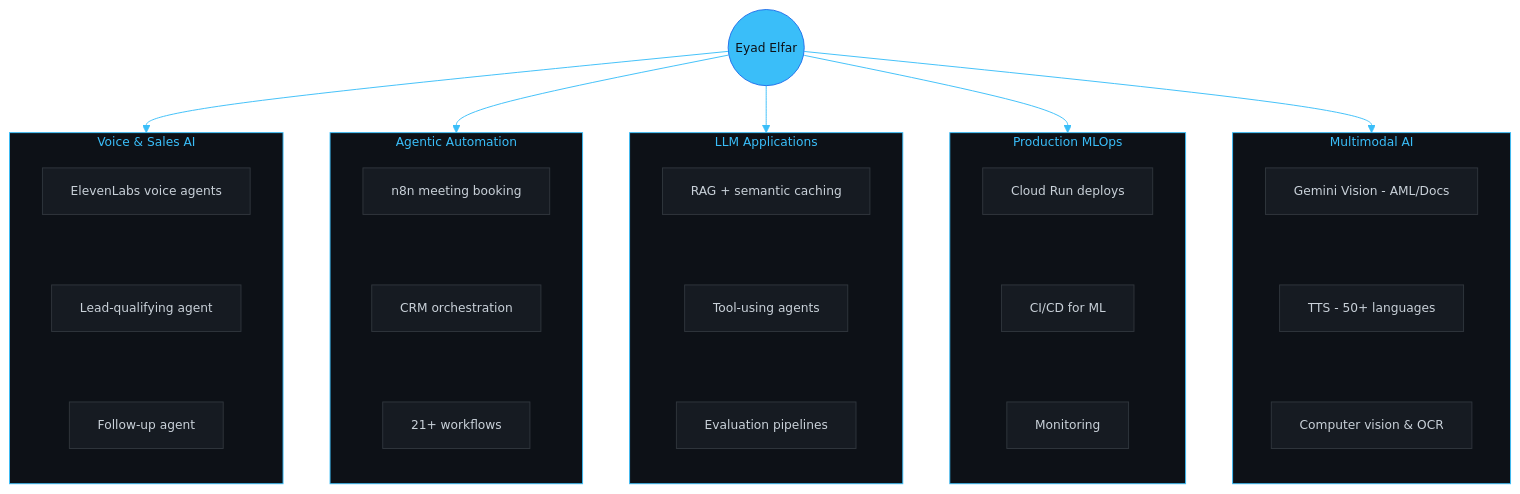
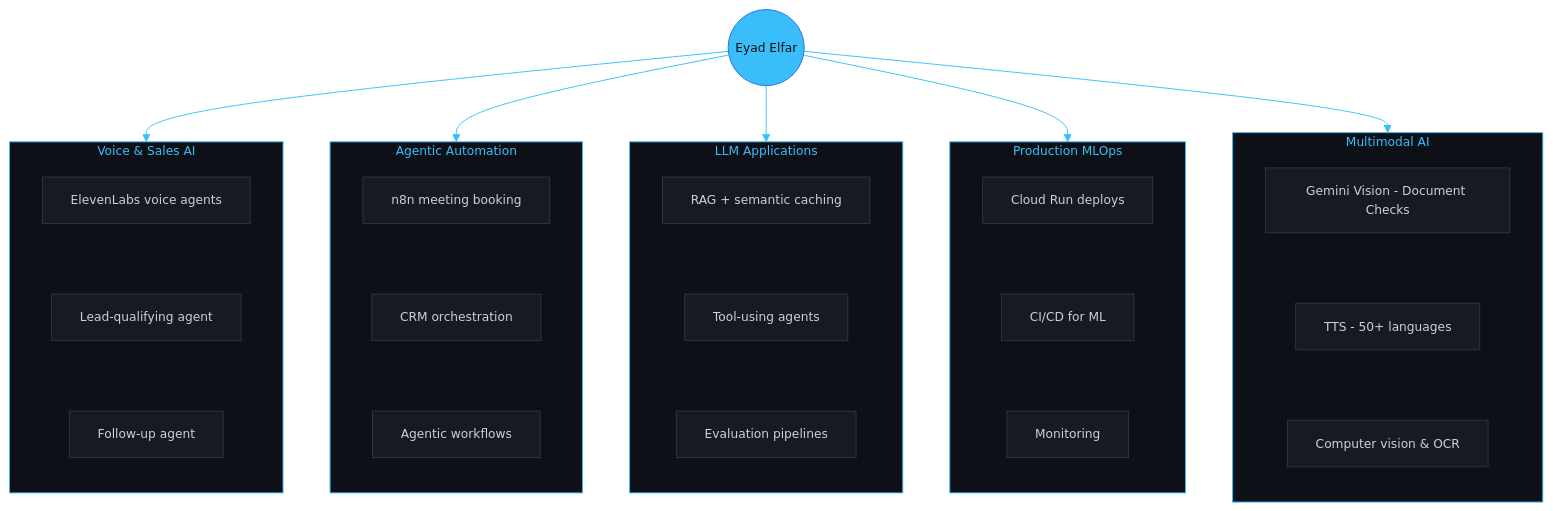
One commit to eyadelfar/eyadelfar.github.io changed the second of 2 diagrams in github_readme.md. Above: the diagram before and after it, drawn with Mermaid. The commit also changed other lines of this file and 5 other files, not shown here.

````diff
--- a/github_readme.md
+++ b/github_readme.md
@@ -305,51 +305,51 @@
 ```mermaid
 %%{init: {'theme':'base','themeVariables':{'fontFamily':'monospace','fontSize':'13px','lineColor':'#3ABEF9'}}}%%
 flowchart TB
     R(("Eyad Elfar")):::root
 
     R --> S1 & S2 & S3 & S4 & S5
 
     subgraph S1["Voice & Sales AI"]
         direction TB
         A1["ElevenLabs voice agents"]:::leaf
         A2["Lead-qualifying agent"]:::leaf
         A3["Follow-up agent"]:::leaf
         A1 ~~~ A2 ~~~ A3
     end
     subgraph S2["Agentic Automation"]
         direction TB
         B1["n8n meeting booking"]:::leaf
         B2["CRM orchestration"]:::leaf
-        B3["21+ workflows"]:::leaf
+        B3["Agentic workflows"]:::leaf
         B1 ~~~ B2 ~~~ B3
     end
     subgraph S3["LLM Applications"]
         direction TB
         C1["RAG + semantic caching"]:::leaf
         C2["Tool-using agents"]:::leaf
         C3["Evaluation pipelines"]:::leaf
         C1 ~~~ C2 ~~~ C3
     end
     subgraph S4["Production MLOps"]
         direction TB
         D1["Cloud Run deploys"]:::leaf
         D2["CI/CD for ML"]:::leaf
         D3["Monitoring"]:::leaf
         D1 ~~~ D2 ~~~ D3
     end
     subgraph S5["Multimodal AI"]
         direction TB
-        E1["Gemini Vision - AML/Docs"]:::leaf
+        E1["Gemini Vision - Document Checks"]:::leaf
         E2["TTS - 50+ languages"]:::leaf
         E3["Computer vision & OCR"]:::leaf
         E1 ~~~ E2 ~~~ E3
     end
 
     classDef root fill:#3ABEF9,stroke:#1F6FEB,color:#0D1117;
     classDef leaf fill:#161B22,stroke:#30363D,color:#C9D1D9;
     style S1 fill:#0D1117,stroke:#3ABEF9,color:#3ABEF9;
     style S2 fill:#0D1117,stroke:#3ABEF9,color:#3ABEF9;
     style S3 fill:#0D1117,stroke:#3ABEF9,color:#3ABEF9;
     style S4 fill:#0D1117,stroke:#3ABEF9,color:#3ABEF9;
     style S5 fill:#0D1117,stroke:#3ABEF9,color:#3ABEF9;
 ```
````
